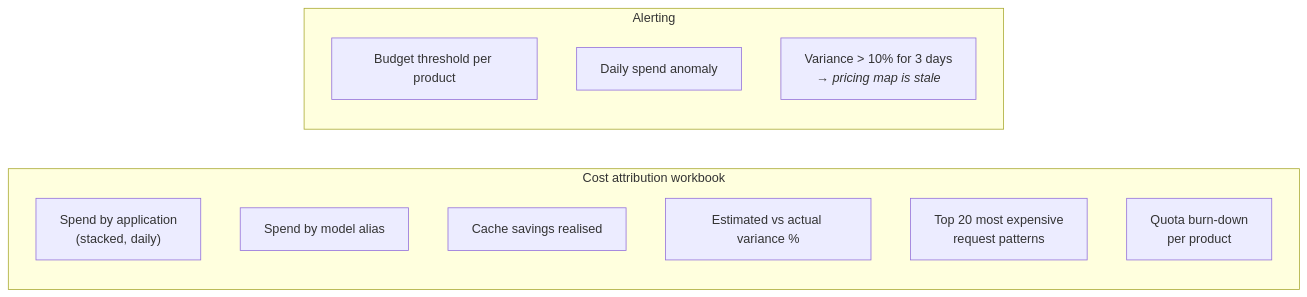
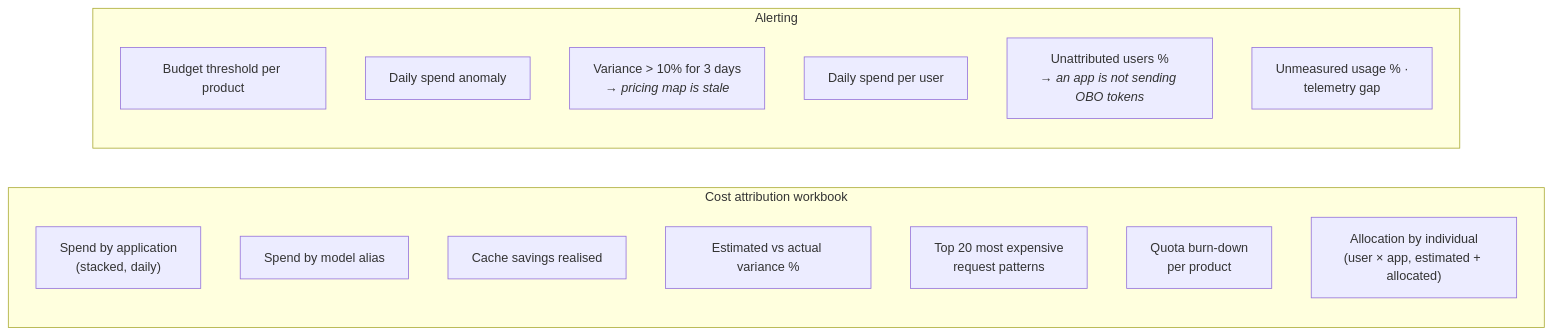
Before and after one commit to muazuisah/azure-ai-gateway-cost-attribution: the seventh of 10 diagrams in docs/architecture.md, drawn with Mermaid. The commit also changed other lines of this file and 31 other files, not shown here.

First line of the commit message:
Add per-user cost attribution via On-Behalf-Of tokens (#11)

````diff
--- a/docs/architecture.md
+++ b/docs/architecture.md
@@ -408,16 +426,20 @@
 ```mermaid
 flowchart LR
     subgraph WB["Cost attribution workbook"]
         W1["Spend by application<br/>(stacked, daily)"]
         W2["Spend by model alias"]
         W3["Cache savings realised"]
         W4["Estimated vs actual variance %"]
         W5["Top 20 most expensive<br/>request patterns"]
         W6["Quota burn-down<br/>per product"]
+        W7["Allocation by individual<br/>(user × app, estimated + allocated)"]
     end
     subgraph AL["Alerting"]
         A1["Budget threshold per product"]
         A2["Daily spend anomaly"]
         A3["Variance > 10% for 3 days<br/><i>→ pricing map is stale</i>"]
+        A4["Daily spend per user"]
+        A5["Unattributed users %<br/><i>→ an app is not sending OBO tokens</i>"]
+        A6["Unmeasured usage % ·<br/>telemetry gap"]
     end
 ```
````
